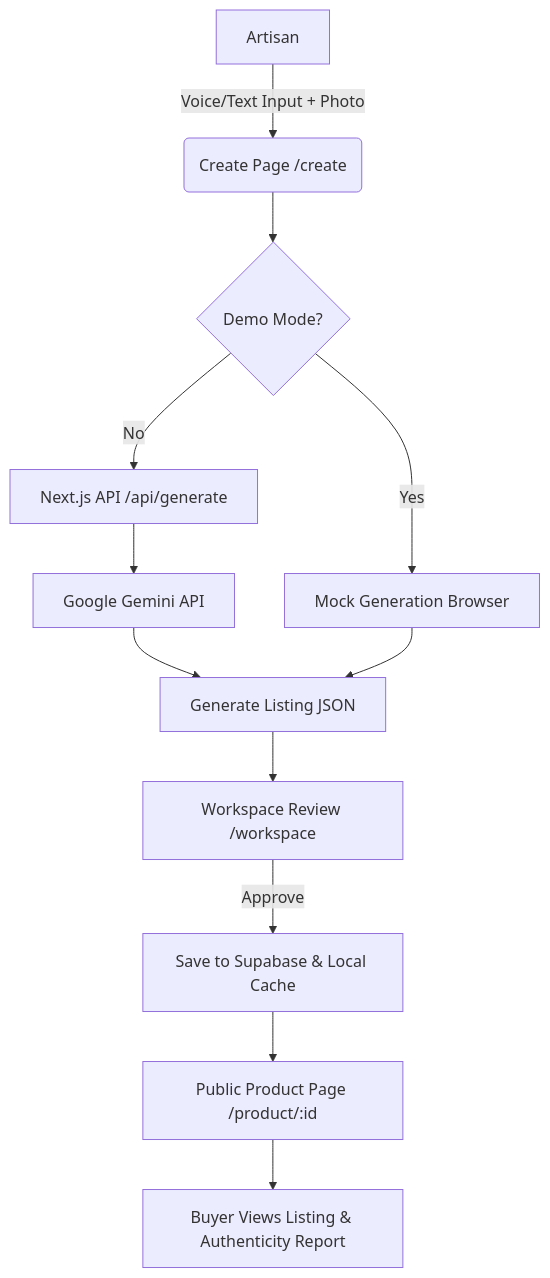
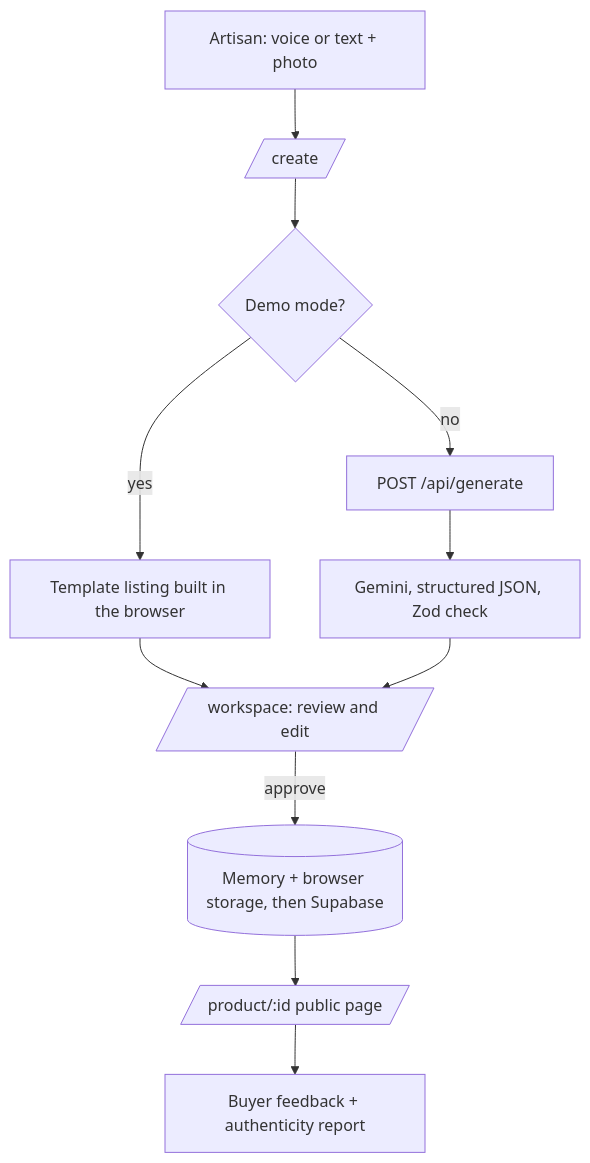
Before and after one commit to ArrinPaul/Visart: the diagram in README.md, drawn with Mermaid. The commit also changed other lines of this file and 2 other files, not shown here.

````diff
--- a/README.md
+++ b/README.md
@@ -105,14 +89,13 @@
 ```mermaid
 flowchart TD
-    A[Artisan] -->|Voice/Text Input + Photo| B(Create Page /create)
-    B --> C{Demo Mode?}
-    C -- Yes --> D[Mock Generation Browser]
-    C -- No --> E[Next.js API /api/generate]
-    E --> F[Google Gemini API]
-    F --> G[Generate Listing JSON]
-    D --> G
-    G --> H[Workspace Review /workspace]
-    H -->|Approve| I[Save to Supabase & Local Cache]
-    I --> J[Public Product Page /product/:id]
-    J --> K[Buyer Views Listing & Authenticity Report]
+    A[Artisan: voice or text + photo] --> B[/create/]
+    B --> C{Demo mode?}
+    C -->|yes| D[Template listing built in the browser]
+    C -->|no| E[POST /api/generate]
+    E --> F[Gemini, structured JSON, Zod check]
+    D --> G[/workspace: review and edit/]
+    F --> G
+    G -->|approve| H[(Memory + browser storage, then Supabase)]
+    H --> I[/product/:id public page/]
+    I --> J[Buyer feedback + authenticity report]
 ```
````
